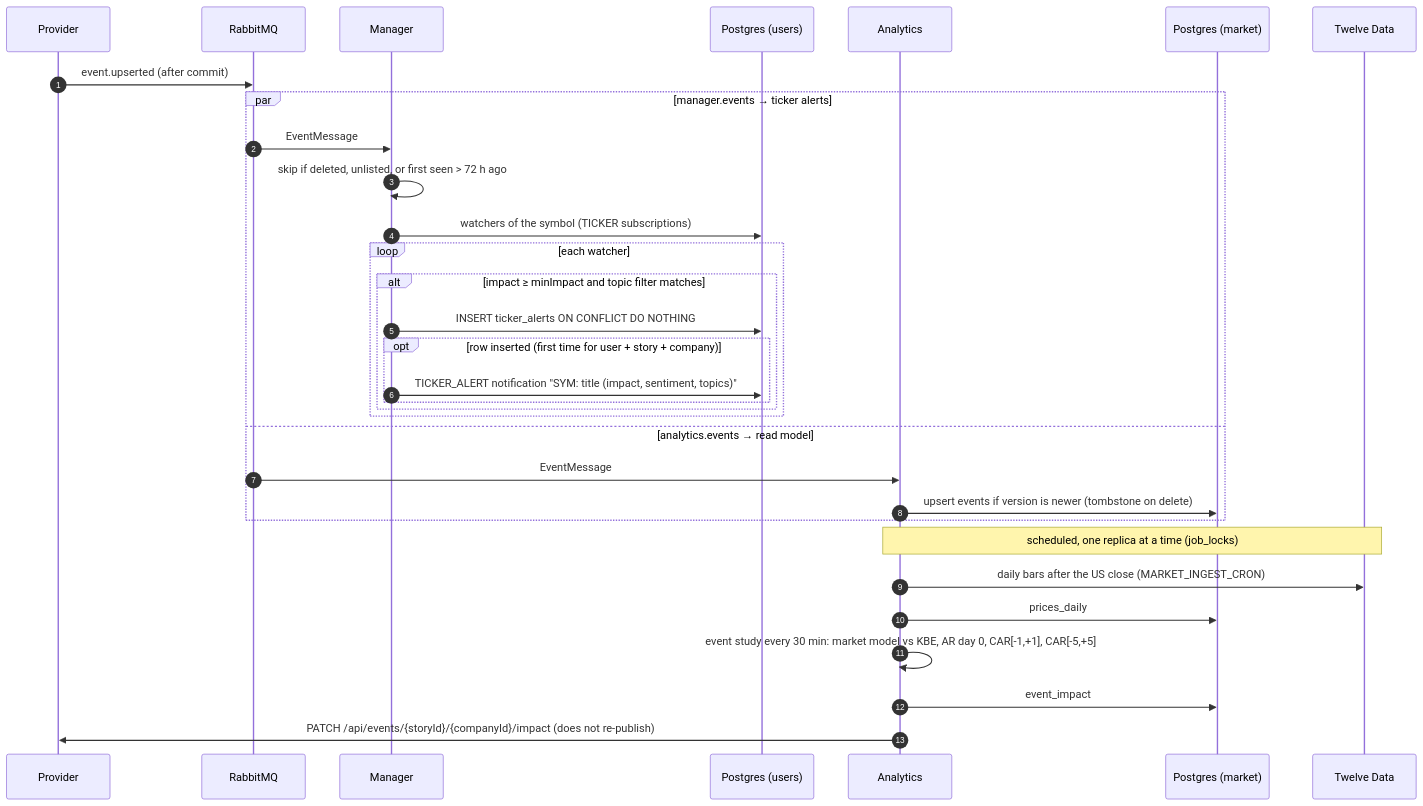
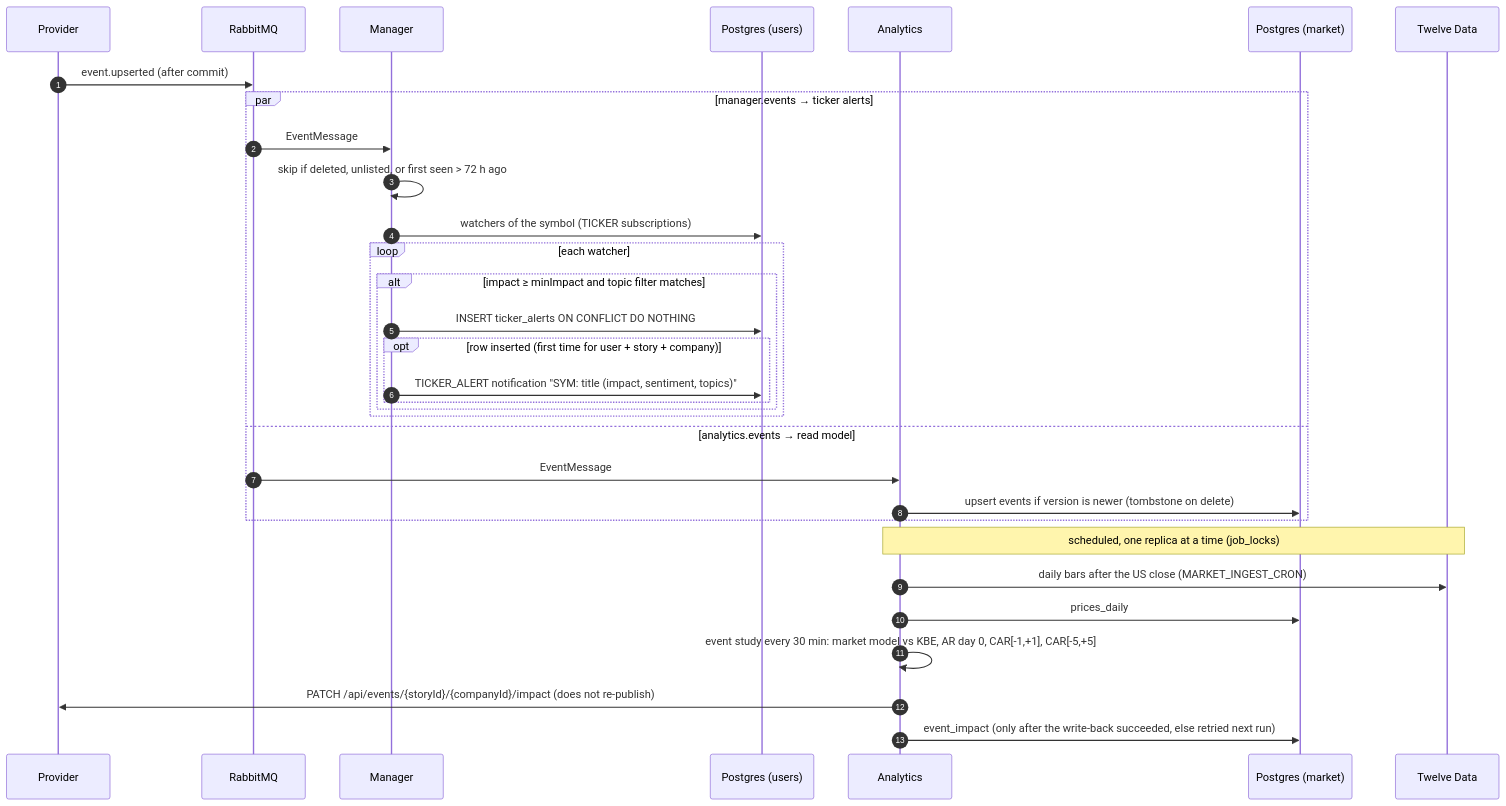
One commit to gabriel-2802/News-Media-Company-Tracker changed the fourth of 7 diagrams in documentation/SYSTEM_FLOW.md. Above: the diagram before and after it, drawn with Mermaid. The commit also changed 9 other files, not shown here.

````diff
--- a/documentation/SYSTEM_FLOW.md
+++ b/documentation/SYSTEM_FLOW.md
@@ -139,37 +139,37 @@
 ```mermaid
 sequenceDiagram
     autonumber
     participant P as Provider
     participant Q as RabbitMQ
     participant M as Manager
     participant PG as Postgres (users)
     participant A as Analytics
     participant MK as Postgres (market)
     participant TD as Twelve Data
 
     P->>Q: event.upserted (after commit)
 
     par manager.events → ticker alerts
         Q->>M: EventMessage
         M->>M: skip if deleted, unlisted, or first seen > 72 h ago
         M->>PG: watchers of the symbol (TICKER subscriptions)
         loop each watcher
             alt impact ≥ minImpact and topic filter matches
                 M->>PG: INSERT ticker_alerts ON CONFLICT DO NOTHING
                 opt row inserted (first time for user + story + company)
                     M->>PG: TICKER_ALERT notification "SYM: title (impact, sentiment, topics)"
                 end
             end
         end
     and analytics.events → read model
         Q->>A: EventMessage
         A->>MK: upsert events if version is newer (tombstone on delete)
     end
 
     Note over A,TD: scheduled, one replica at a time (job_locks)
     A->>TD: daily bars after the US close (MARKET_INGEST_CRON)
     A->>MK: prices_daily
     A->>A: event study every 30 min: market model vs KBE, AR day 0, CAR[-1,+1], CAR[-5,+5]
-    A->>MK: event_impact
     A->>P: PATCH /api/events/{storyId}/{companyId}/impact (does not re-publish)
+    A->>MK: event_impact (only after the write-back succeeded, else retried next run)
 ```
````
